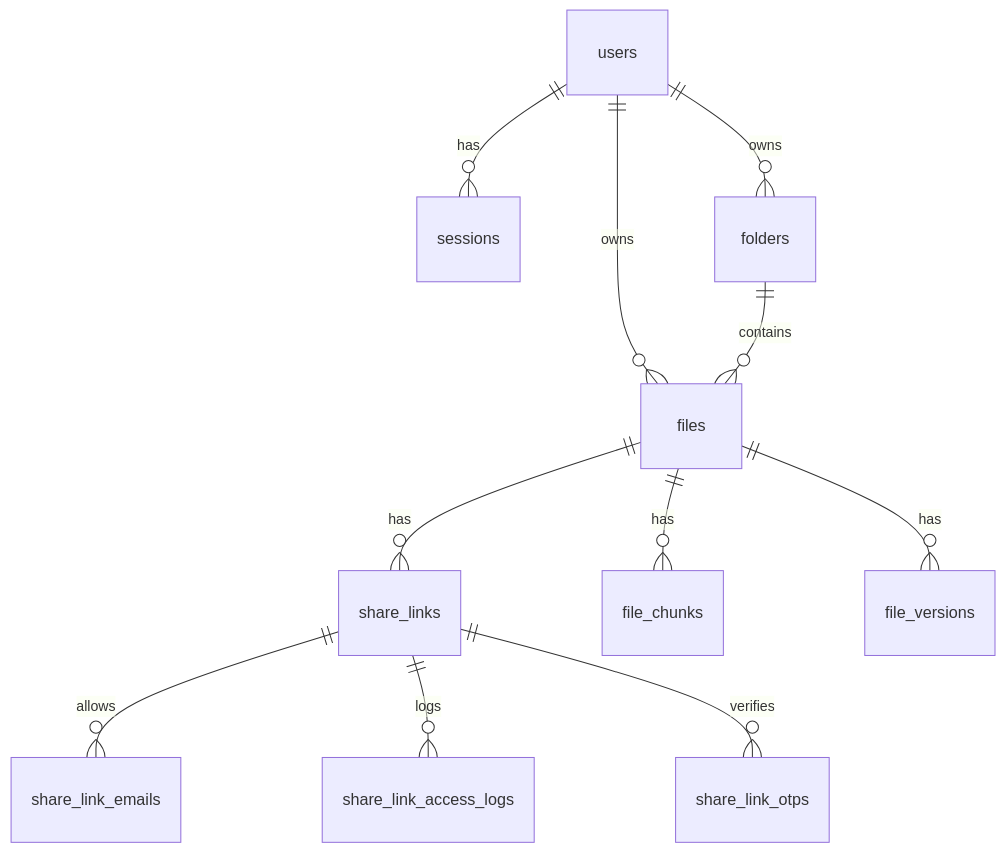
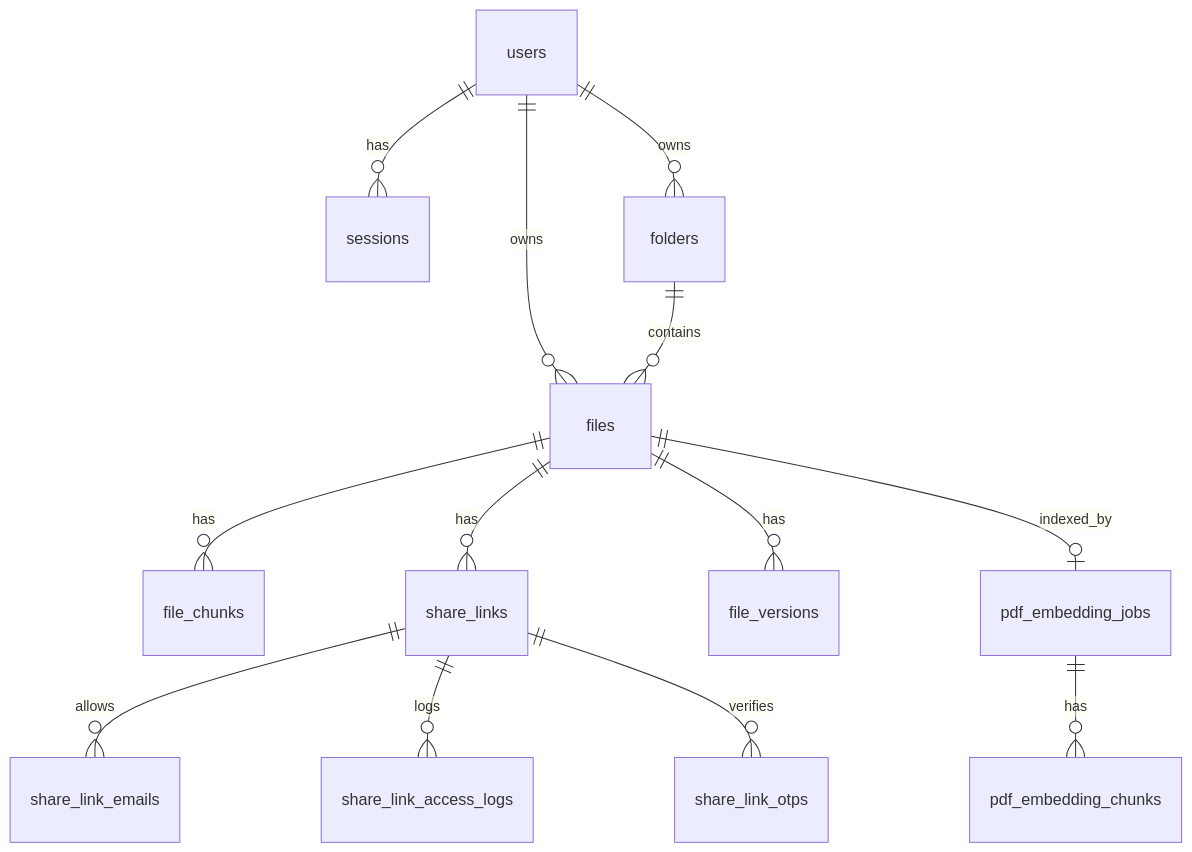
One commit to MariaDB-Hackathon-MY-2026/securevault changed the tenth of 10 diagrams in docs/02-architecture.md. Above: the diagram before and after it, drawn with Mermaid. The commit also changed other lines of this file and 16 other files, not shown here.

````diff
--- a/docs/02-architecture.md
+++ b/docs/02-architecture.md
@@ -236,13 +285,15 @@
 ```mermaid
 erDiagram
     users ||--o{ sessions : has
+    users ||--o{ folders : owns
     users ||--o{ files : owns
-    users ||--o{ folders : owns
+    folders ||--o{ files : contains
+    files ||--o{ file_chunks : has
     files ||--o{ share_links : has
     share_links ||--o{ share_link_emails : allows
     share_links ||--o{ share_link_access_logs : logs
     share_links ||--o{ share_link_otps : verifies
-    folders ||--o{ files : contains
-    files ||--o{ file_chunks : has
     files ||--o{ file_versions : has
+    files ||--o| pdf_embedding_jobs : indexed_by
+    pdf_embedding_jobs ||--o{ pdf_embedding_chunks : has
 ```
````
